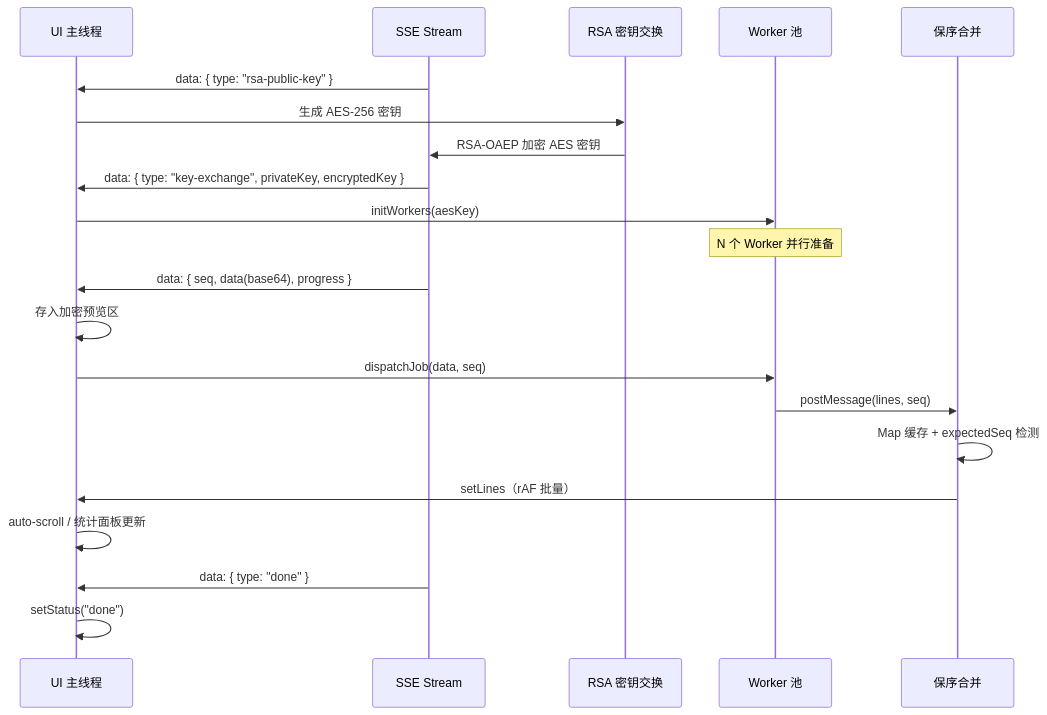
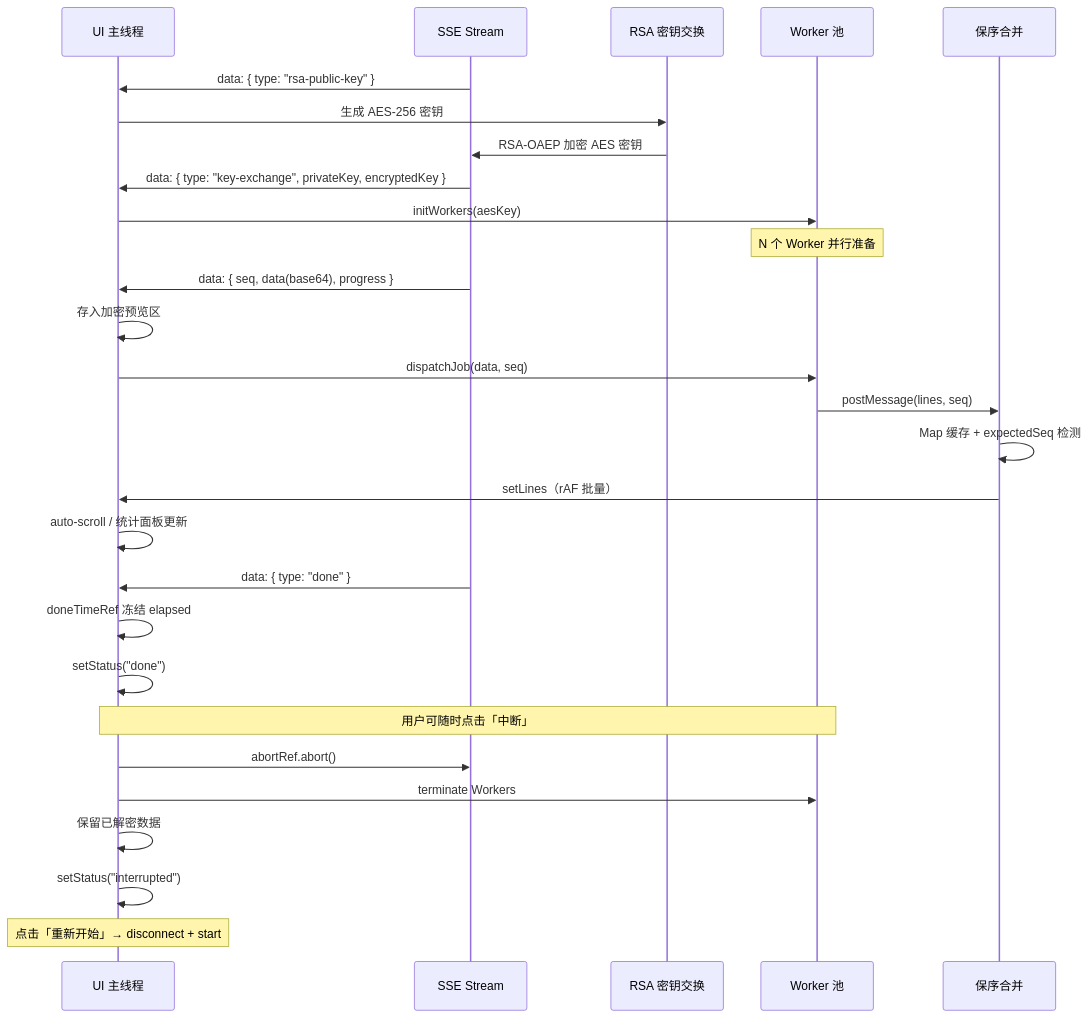
Diagram 23 of 46 in docs/面试亮点.md (KMaybe01/interview-demo), drawn with Mermaid before and after one commit. The commit also changed other lines of this file and 8 other files, not shown here.

````diff
--- a/docs/面试亮点.md
+++ b/docs/面试亮点.md
@@ -2732,26 +2752,35 @@
 ```mermaid
 sequenceDiagram
     participant UI as UI 主线程
     participant SSE as SSE Stream
     participant RSA as RSA 密钥交换
     participant Pool as Worker 池
     participant Merge as 保序合并
 
     SSE->>UI: data: { type: "rsa-public-key" }
     UI->>RSA: 生成 AES-256 密钥
     RSA->>SSE: RSA-OAEP 加密 AES 密钥
     SSE->>UI: data: { type: "key-exchange", privateKey, encryptedKey }
     UI->>Pool: initWorkers(aesKey)
     Note over Pool: N 个 Worker 并行准备
 
     SSE->>UI: data: { seq, data(base64), progress }
     UI->>UI: 存入加密预览区
     UI->>Pool: dispatchJob(data, seq)
     Pool->>Merge: postMessage(lines, seq)
     Merge->>Merge: Map 缓存 + expectedSeq 检测
     Merge->>UI: setLines（rAF 批量）
     UI->>UI: auto-scroll / 统计面板更新
 
     SSE->>UI: data: { type: "done" }
+    UI->>UI: doneTimeRef 冻结 elapsed
     UI->>UI: setStatus("done")
+
+    Note over UI,Pool: 用户可随时点击「中断」
+    UI->>SSE: abortRef.abort()
+    UI->>Pool: terminate Workers
+    UI->>UI: 保留已解密数据
+    UI->>UI: setStatus("interrupted")
+
+    Note over UI: 点击「重新开始」→ disconnect + start
 ```
````
